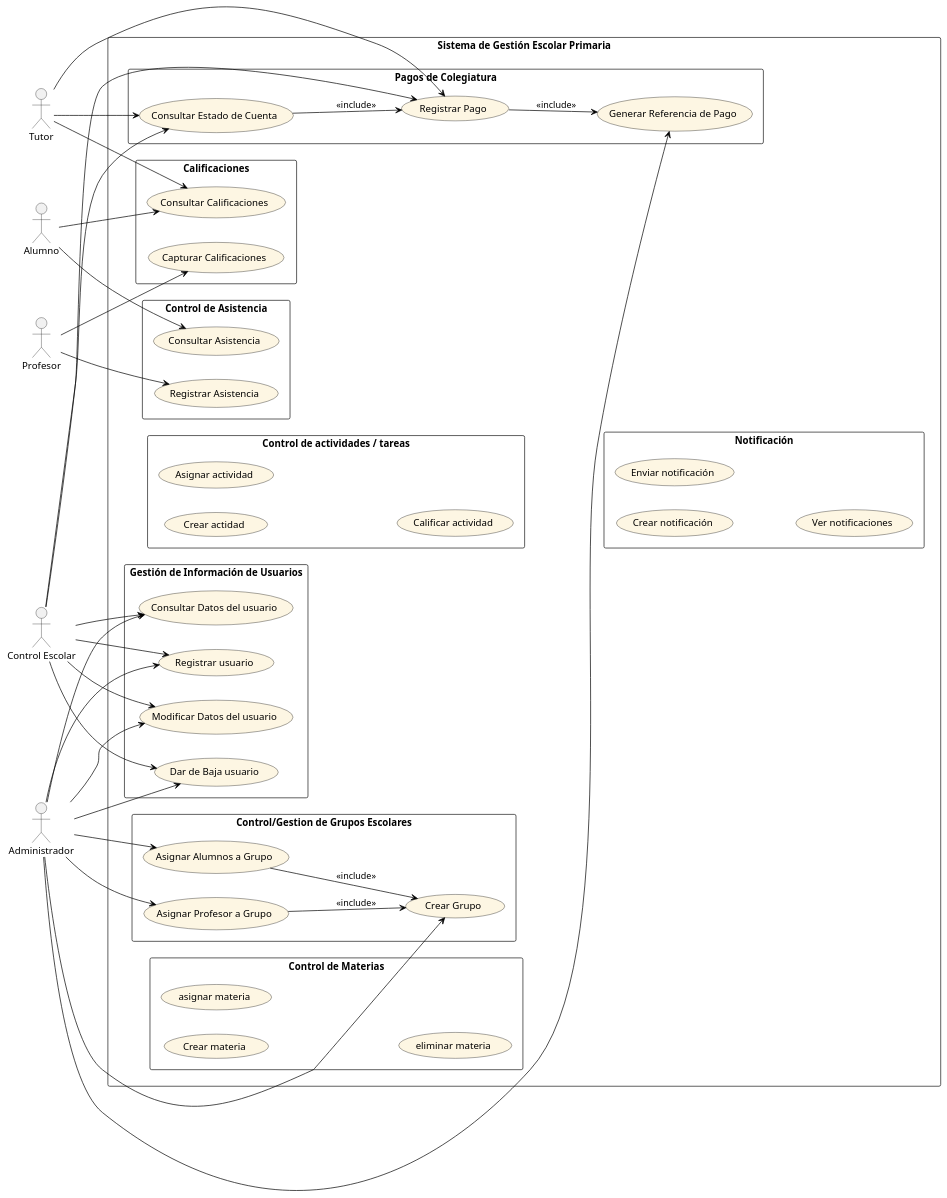
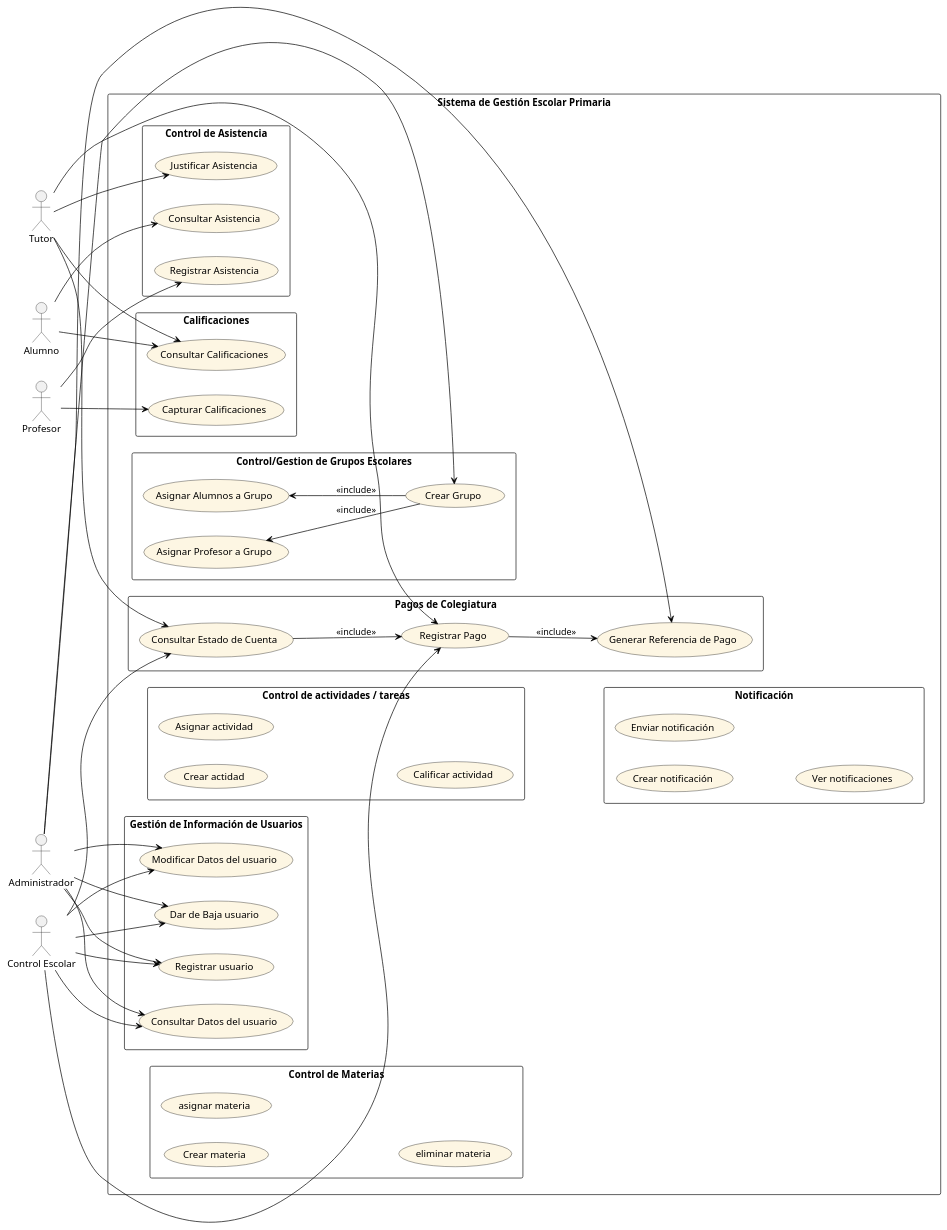
One commit to CORNIIO19/Adm-Escuela changed the diagram in CasoDeUso.puml. Above: the diagram before and after it, drawn with PlantUML. The commit also changed 2 other files, not shown here.

```diff
--- a/CasoDeUso.puml
+++ b/CasoDeUso.puml
@@ -1,100 +1,100 @@
 @startuml
 left to right direction
 skinparam packageStyle rectangle
 skinparam usecase {
   BackgroundColor #FDF6E3
   BorderColor Black
   ArrowColor Black
 }
 
 actor Tutor as T
 actor Alumno as AL
 actor Profesor as P
 actor "Control Escolar" as CE
 actor Administrador as A
 
 rectangle "Sistema de Gestión Escolar Primaria" {
 
   package "Pagos de Colegiatura" {
     usecase "Generar Referencia de Pago" as UC12
     usecase "Registrar Pago" as UC13
     usecase "Consultar Estado de Cuenta" as UC14
   }
 
   package "Calificaciones" {
     usecase "Capturar Calificaciones" as UC10
     usecase "Consultar Calificaciones" as UC11
   }
 
   package "Control de Asistencia" {
     usecase "Registrar Asistencia" as UC8
     usecase "Consultar Asistencia" as UC9
+    usecase "Justificar Asistencia" as UC24
   }
 
   package "Control de actividades / tareas" {
     usecase "Crear actidad" as UC15
     usecase "Asignar actividad" as UC16
     usecase "Calificar actividad" as UC17
   }
 
   package "Control/Gestion de Grupos Escolares" {
     usecase "Crear Grupo" as UC5
     usecase "Asignar Profesor a Grupo" as UC6
     usecase "Asignar Alumnos a Grupo" as UC7
   }
 
   package "Gestión de Información de Usuarios" {
     usecase "Registrar usuario" as UC1
     usecase "Modificar Datos del usuario" as UC2
     usecase "Dar de Baja usuario" as UC3
     usecase "Consultar Datos del usuario" as UC4
   }
 
   package "Control de Materias" {
     usecase "Crear materia" as UC21
     usecase "asignar materia" as UC22
     usecase "eliminar materia" as UC23
   }
 
   package "Notificación" {
     usecase "Crear notificación" as UC18
     usecase "Enviar notificación" as UC19
     usecase "Ver notificaciones" as UC20
   }
 }
 
 ' Relaciones con actores
 A --> UC1
 A --> UC2
 A --> UC3
 A --> UC4
 A --> UC5
-A --> UC6
-A --> UC7
 A --> UC12
 
 CE --> UC1
 CE --> UC2
 CE --> UC3
 CE --> UC4
 CE --> UC13
 CE --> UC14
 
 P --> UC8
 P --> UC10
 
 T --> UC11
 T --> UC13
 T --> UC14
+T --> UC24
 
 AL --> UC9
 AL --> UC11
 
 ' Relaciones internas
 UC13 --> UC12 : <<include>>
 UC14 --> UC13 : <<include>>
 
-UC6 --> UC5 : <<include>>
-UC7 --> UC5 : <<include>>
+UC6 <-- UC5 : <<include>>
+UC7 <-- UC5 : <<include>>
 
 @enduml
```
